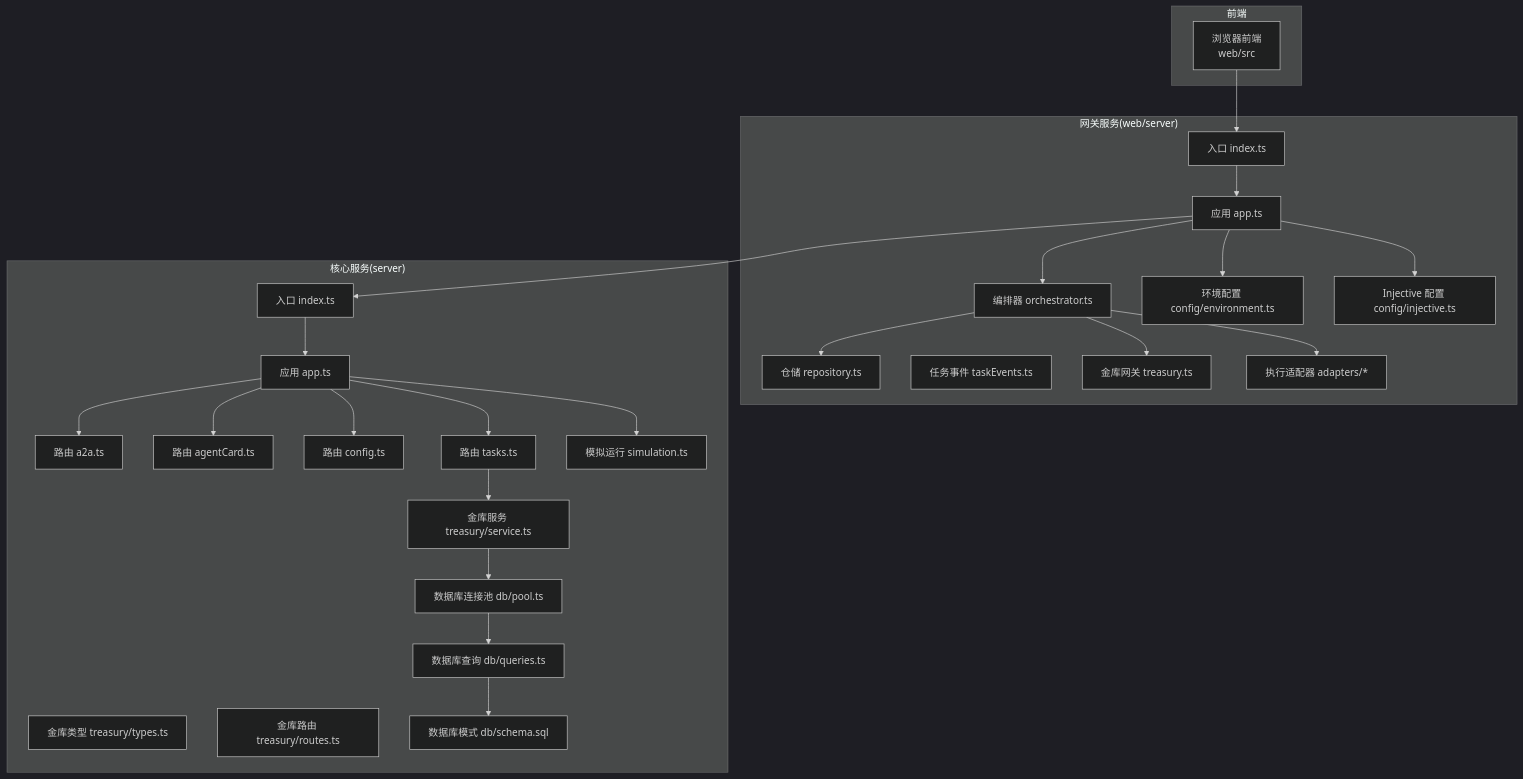
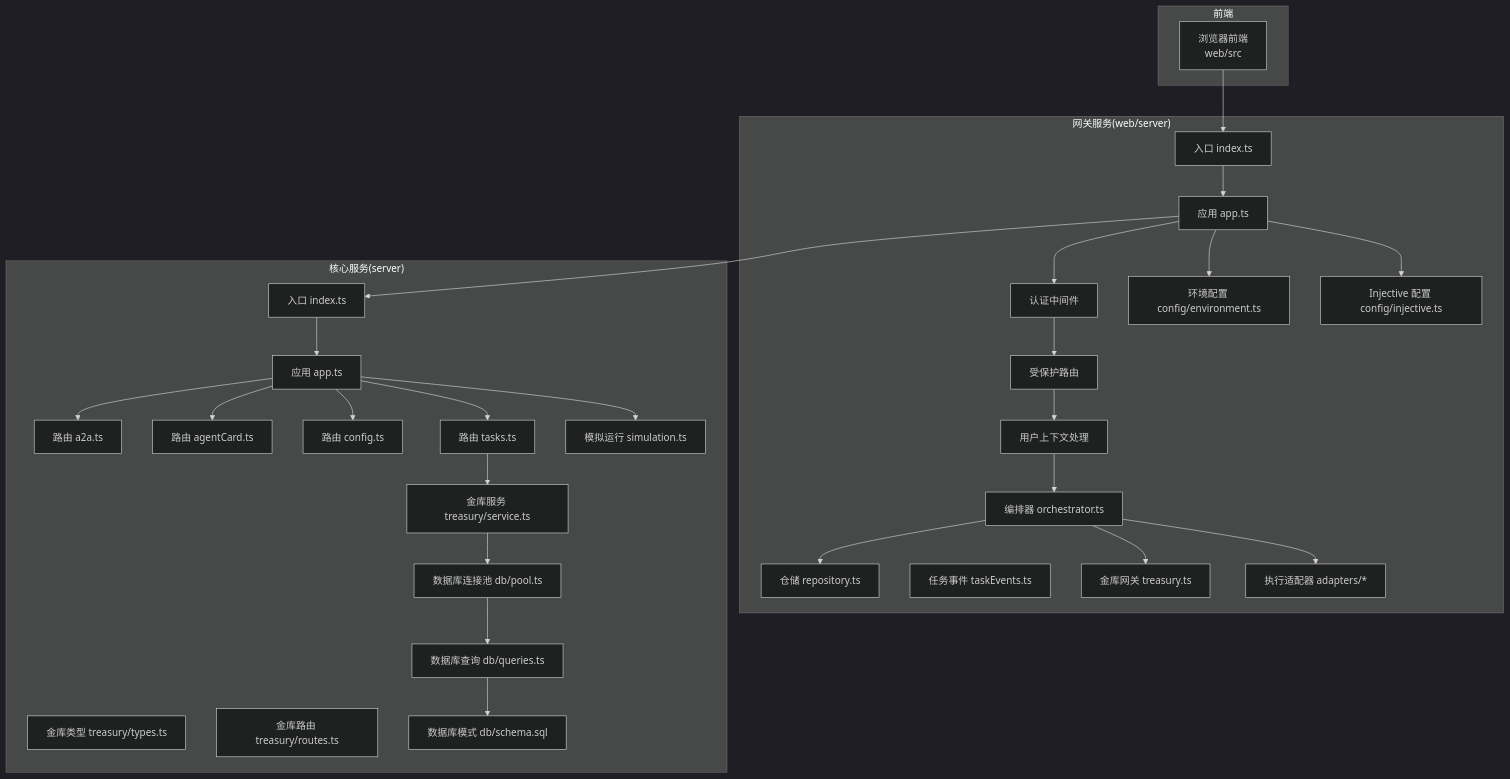
The first of 10 diagrams in .qoder/repowiki/zh/content/核心组件/双服务器架构.md (Maki3991/study-PactLedger), drawn with Mermaid (dark theme) before and after one commit. The commit also changed other lines of this file and 15 other files, not shown here.

````diff
--- a/.qoder/repowiki/zh/content/核心组件/双服务器架构.md
+++ b/.qoder/repowiki/zh/content/核心组件/双服务器架构.md
@@ -60,51 +70,57 @@
 ```mermaid
 graph TB
 subgraph "前端"
 FE["浏览器前端<br/>web/src"]
 end
 subgraph "网关服务(web/server)"
 WIdx["入口 index.ts"]
 WApp["应用 app.ts"]
+AuthMW["认证中间件"]
+ProtectedRoutes["受保护路由"]
+UserCtx["用户上下文处理"]
 Orchestrator["编排器 orchestrator.ts"]
 Repo["仓储 repository.ts"]
 TaskEvents["任务事件 taskEvents.ts"]
 TreasuryGW["金库网关 treasury.ts"]
 AdpExec["执行适配器 adapters/*"]
 CfgEnv["环境配置 config/environment.ts"]
 CfgInject["Injective 配置 config/injective.ts"]
 end
 subgraph "核心服务(server)"
 SIdx["入口 index.ts"]
 SApp["应用 app.ts"]
 RoutesA2A["路由 a2a.ts"]
 RoutesAgent["路由 agentCard.ts"]
 RoutesCfg["路由 config.ts"]
 RoutesTasks["路由 tasks.ts"]
 TreasSvc["金库服务 treasury/service.ts"]
 TreasTypes["金库类型 treasury/types.ts"]
 TreasRoutes["金库路由 treasury/routes.ts"]
 Sim["模拟运行 simulation.ts"]
 DBPool["数据库连接池 db/pool.ts"]
 DBQ["数据库查询 db/queries.ts"]
 DBSchema["数据库模式 db/schema.sql"]
 end
 FE --> WIdx
 WIdx --> WApp
-WApp --> Orchestrator
+WApp --> AuthMW
+AuthMW --> ProtectedRoutes
+ProtectedRoutes --> UserCtx
+UserCtx --> Orchestrator
 Orchestrator --> Repo
 Orchestrator --> TreasuryGW
 Orchestrator --> AdpExec
 WApp --> CfgEnv
 WApp --> CfgInject
 WApp --> SIdx
 SIdx --> SApp
 SApp --> RoutesA2A
 SApp --> RoutesAgent
 SApp --> RoutesCfg
 SApp --> RoutesTasks
 RoutesTasks --> TreasSvc
 TreasSvc --> DBPool
 DBPool --> DBQ
 DBQ --> DBSchema
 SApp --> Sim
 ```
````
